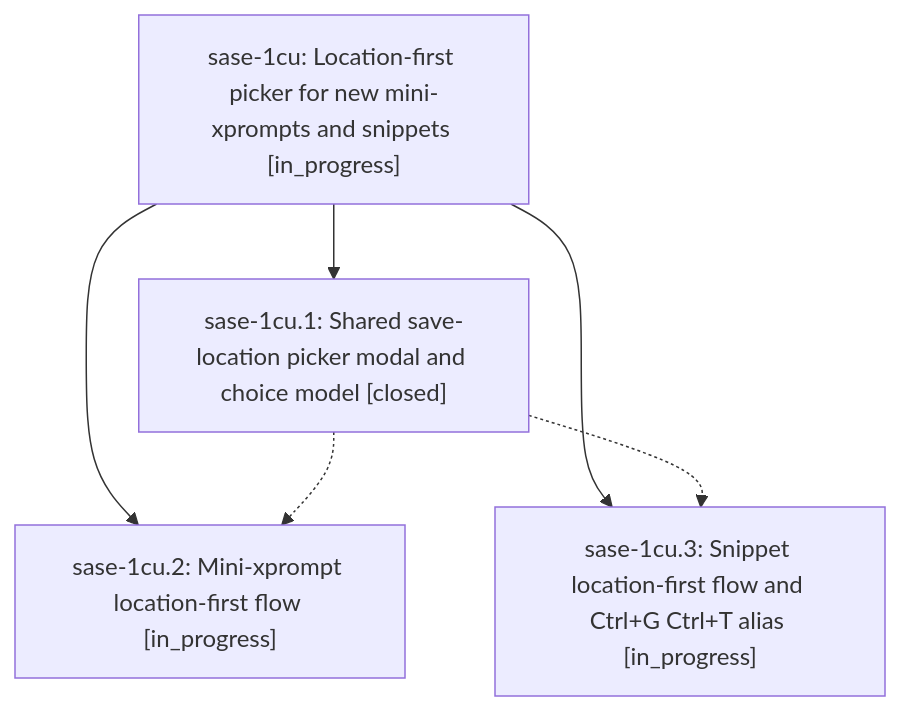
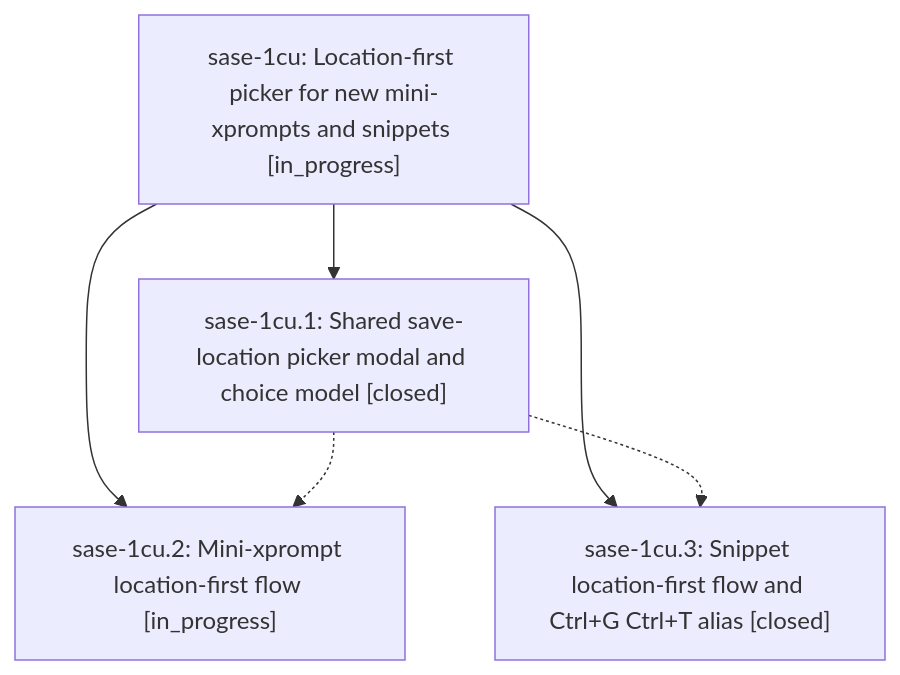
One commit to sase-org/sase--beads changed the diagram in pages/sase-1cu/README.md. Above: the diagram before and after it, drawn with Mermaid. The commit also changed other lines of this file and 2 other files, not shown here.

First line of the commit message:
chore(beads): sync bead state and pages for sase-1cu

````diff
--- a/pages/sase-1cu/README.md
+++ b/pages/sase-1cu/README.md
@@ -24,12 +24,12 @@
 ```mermaid
 flowchart TD
     n0["sase-1cu: Location-first picker for new mini-xprompts and snippets [in_progress]"]
     n1["sase-1cu.1: Shared save-location picker modal and choice model [closed]"]
     n2["sase-1cu.2: Mini-xprompt location-first flow [in_progress]"]
-    n3["sase-1cu.3: Snippet location-first flow and Ctrl+G Ctrl+T alias [in_progress]"]
+    n3["sase-1cu.3: Snippet location-first flow and Ctrl+G Ctrl+T alias [closed]"]
     n0 --> n1
     n0 --> n2
     n0 --> n3
     n1 -.-> n2
     n1 -.-> n3
 ```
````
